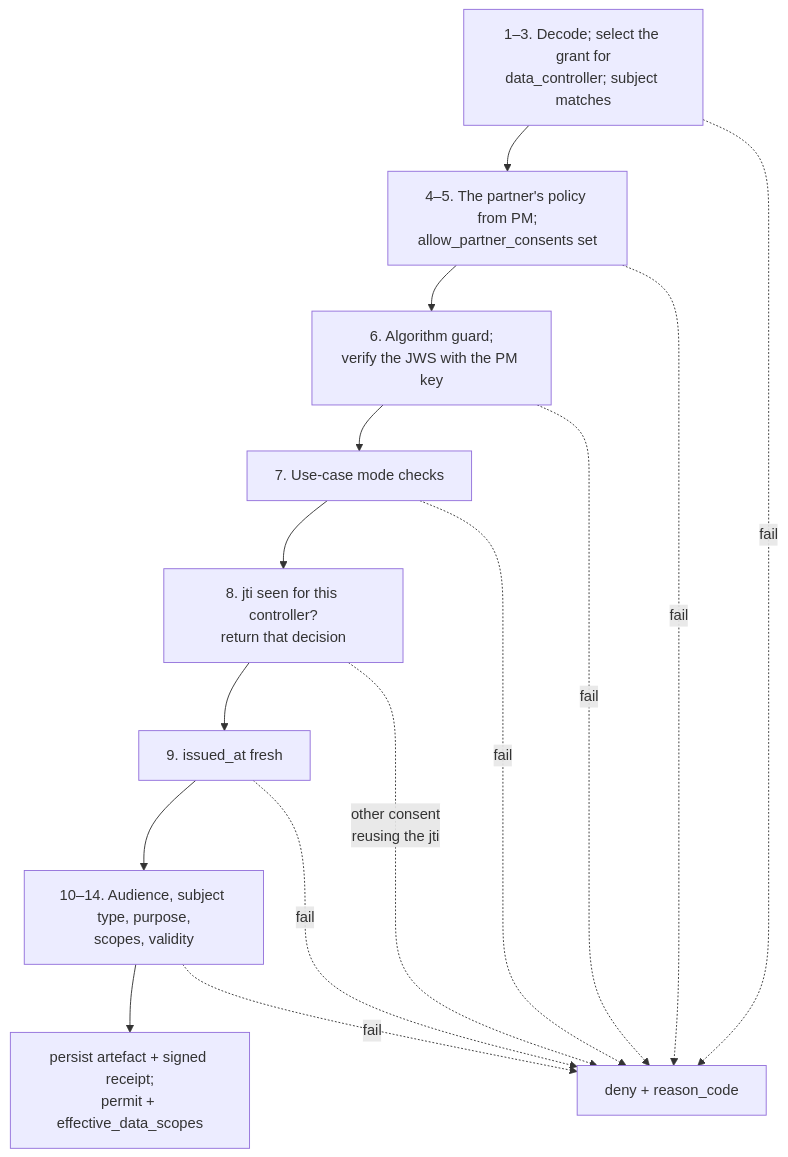
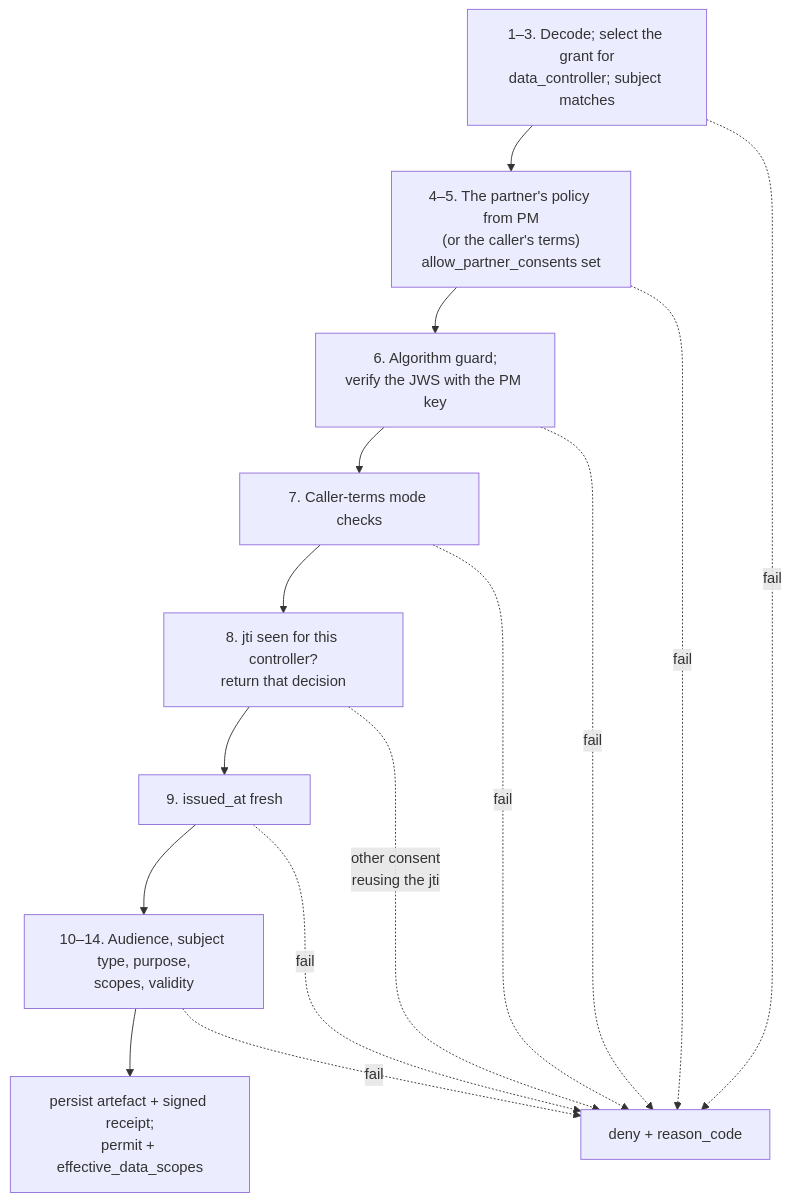
The diagram in consent-management/design/verification-and-enforcement.md (OpenG2P/openg2p-documentation), drawn with Mermaid before and after one commit. The commit also changed other lines of this file and 43 other files, not shown here.

````diff
--- a/consent-management/design/verification-and-enforcement.md
+++ b/consent-management/design/verification-and-enforcement.md
@@ -32,17 +32,17 @@
 ```mermaid
 flowchart TD
-  A["1–3. Decode; select the grant for\ndata_controller; subject matches"] --> B["4–5. The partner's policy from PM;\nallow_partner_consents set"]
+  A["1–3. Decode; select the grant for\ndata_controller; subject matches"] --> B["4–5. The partner's policy from PM\n(or the caller's terms)\nallow_partner_consents set"]
   B --> C["6. Algorithm guard;\nverify the JWS with the PM key"]
-  C --> D["7. Use-case mode checks"]
+  C --> D["7. Caller-terms mode checks"]
   D --> E["8. jti seen for this controller?\nreturn that decision"]
   E --> F["9. issued_at fresh"]
   F --> G["10–14. Audience, subject type, purpose,\nscopes, validity"]
   G --> H["persist artefact + signed receipt;\npermit + effective_data_scopes"]
   A -. fail .-> X["deny + reason_code"]
   B -. fail .-> X
   C -. fail .-> X
   D -. fail .-> X
   E -. "other consent\nreusing the jti" .-> X
   F -. fail .-> X
   G -. fail .-> X
 ```
````
